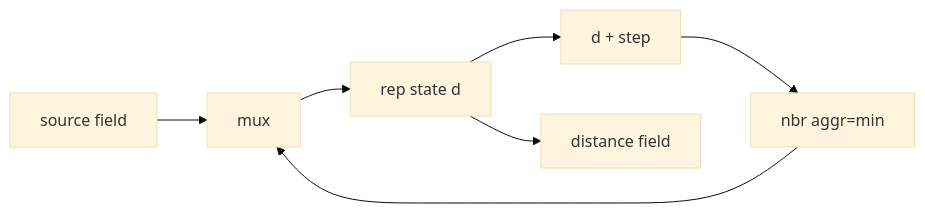
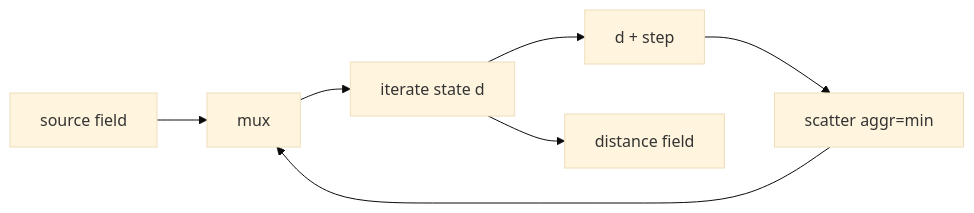
Before and after one commit to cric96/DifField: diagram 13 of 15 in docs/architecture.md, drawn with Mermaid (base theme). The commit also changed other lines of this file and 48 other files, not shown here.

````diff
--- a/docs/architecture.md
+++ b/docs/architecture.md
@@ -594,9 +594,9 @@
 ```mermaid
 graph LR
     Source[source field] --> Mux
-    Rep[rep state d] --> Add[d + step]
-    Add --> Nbr[nbr aggr=min]
-    Nbr --> Mux[mux]
-    Mux --> Rep
-    Rep --> Output[distance field]
+    Iterate[iterate state d] --> Add[d + step]
+    Add --> Gather[scatter aggr=min]
+    Gather --> Mux[mux]
+    Mux --> Iterate
+    Iterate --> Output[distance field]
 ```
````
